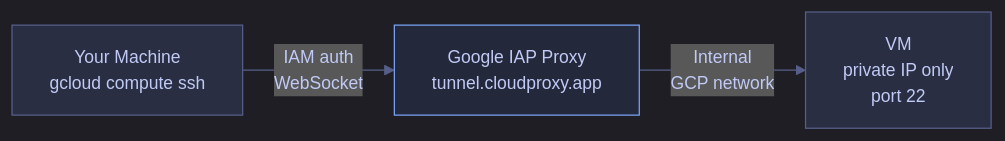
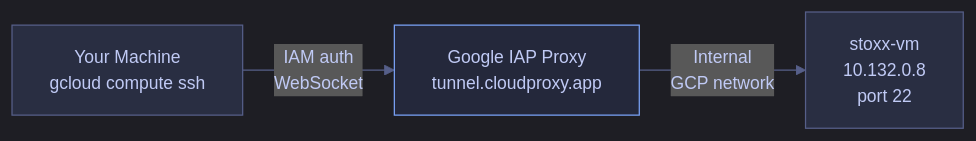
Before and after one commit to alp78/elysium: the diagram in content/06-GCP/02-Compute/02-vm-ssh-and-file-transfer.md, drawn with Mermaid. The commit also changed other lines of this file and 13 other files, not shown here.

````diff
--- a/content/06-GCP/02-Compute/02-vm-ssh-and-file-transfer.md
+++ b/content/06-GCP/02-Compute/02-vm-ssh-and-file-transfer.md
@@ -168,20 +398,20 @@
 ```mermaid
 %%{init: {'theme': 'dark', 'themeVariables': {
   'primaryColor': '#292e42',
   'primaryTextColor': '#c0caf5',
   'primaryBorderColor': '#565f89',
   'lineColor': '#565f89',
   'secondaryColor': '#1a1b26',
   'tertiaryColor': '#24283b',
   'noteTextColor': '#c0caf5',
   'noteBkgColor': '#292e42',
   'textColor': '#c0caf5',
   'fontSize': '14px'
 }}}%%
 flowchart LR
     A["Your Machine<br>gcloud compute ssh"] -->|"IAM auth<br>WebSocket"| B["Google IAP Proxy<br>tunnel.cloudproxy.app"]
-    B -->|"Internal<br>GCP network"| C["VM<br>private IP only<br>port 22"]
+    B -->|"Internal<br>GCP network"| C["stoxx-vm<br>10.132.0.8<br>port 22"]
     style A fill:#292e42,stroke:#565f89
     style B fill:#24283b,stroke:#7aa2f7
     style C fill:#292e42,stroke:#565f89
 ```
````
